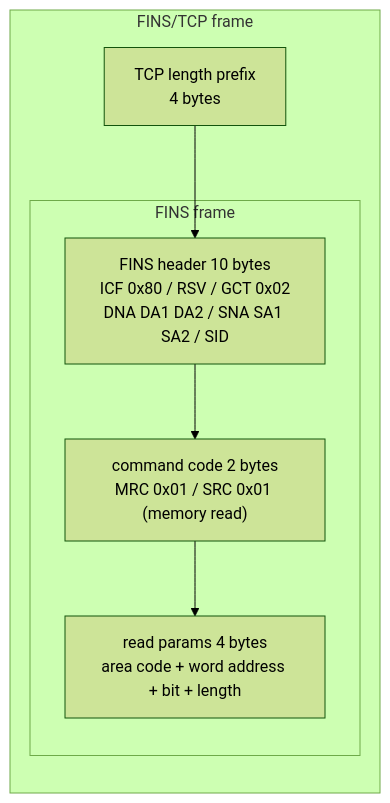
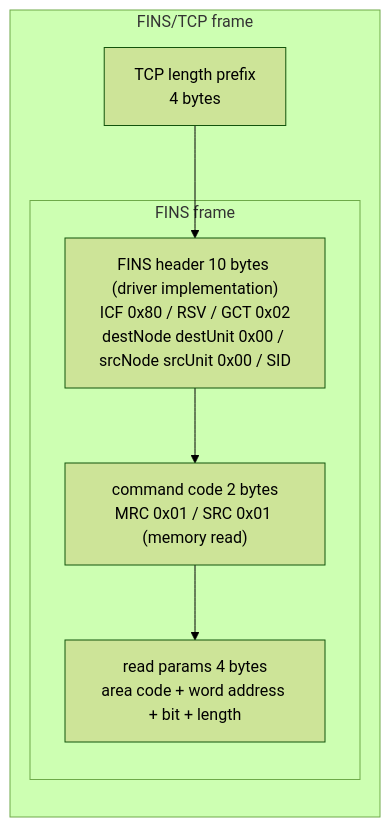
The diagram in docs/en/drivers/fins.md (pnoker/iot-dc3), drawn with Mermaid (forest theme) before and after one commit. The commit also changed other lines of this file and 23 other files, not shown here.

````diff
--- a/docs/en/drivers/fins.md
+++ b/docs/en/drivers/fins.md
@@ -28,12 +28,12 @@
 ```mermaid
 flowchart LR
   subgraph TCP["FINS/TCP frame"]
     Len["TCP length prefix<br/>4 bytes"]
     subgraph FINS["FINS frame"]
-      Hdr["FINS header 10 bytes<br/>ICF 0x80 / RSV / GCT 0x02<br/>DNA DA1 DA2 / SNA SA1 SA2 / SID"]
+      Hdr["FINS header 10 bytes (driver implementation)<br/>ICF 0x80 / RSV / GCT 0x02<br/>destNode destUnit 0x00 / srcNode srcUnit 0x00 / SID"]
       Cmd["command code 2 bytes<br/>MRC 0x01 / SRC 0x01 (memory read)"]
       Par["read params 4 bytes<br/>area code + word address + bit + length"]
     end
   end
   Len --> Hdr --> Cmd --> Par
 ```
````
